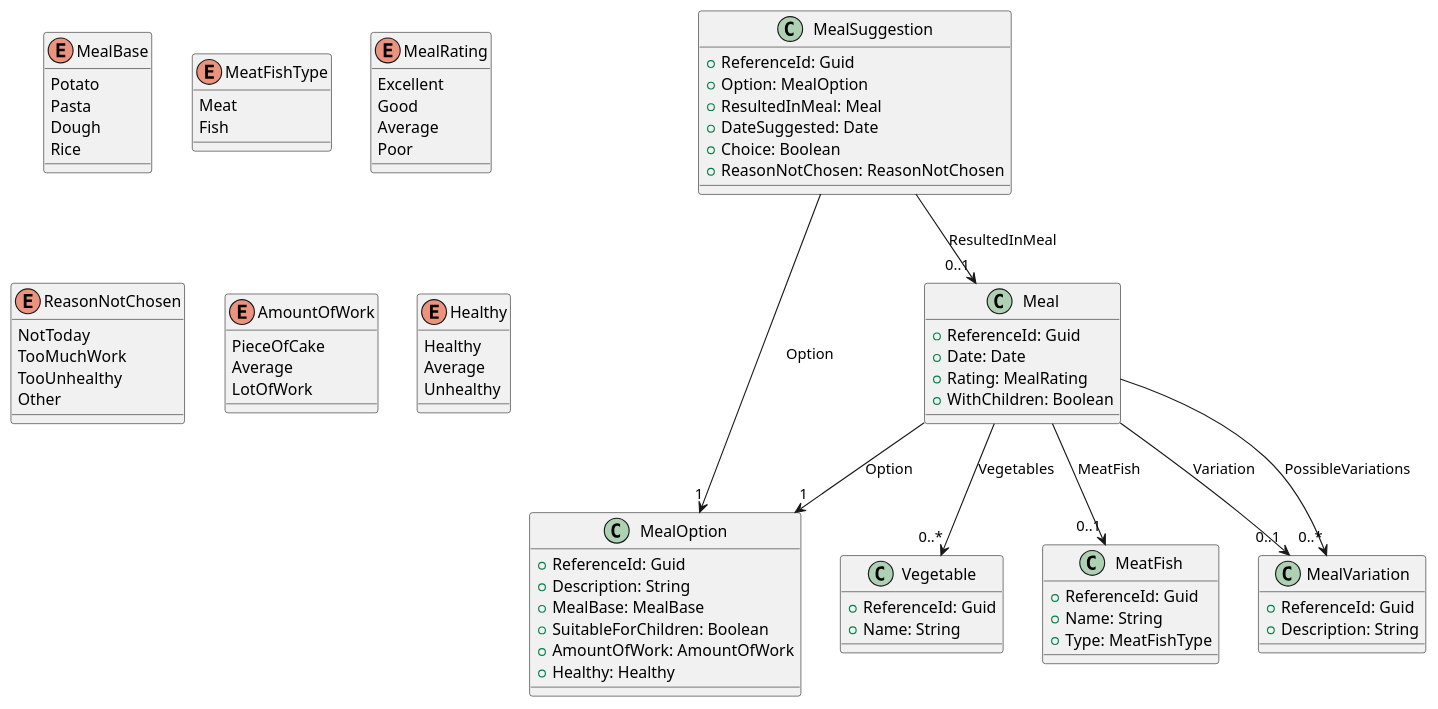
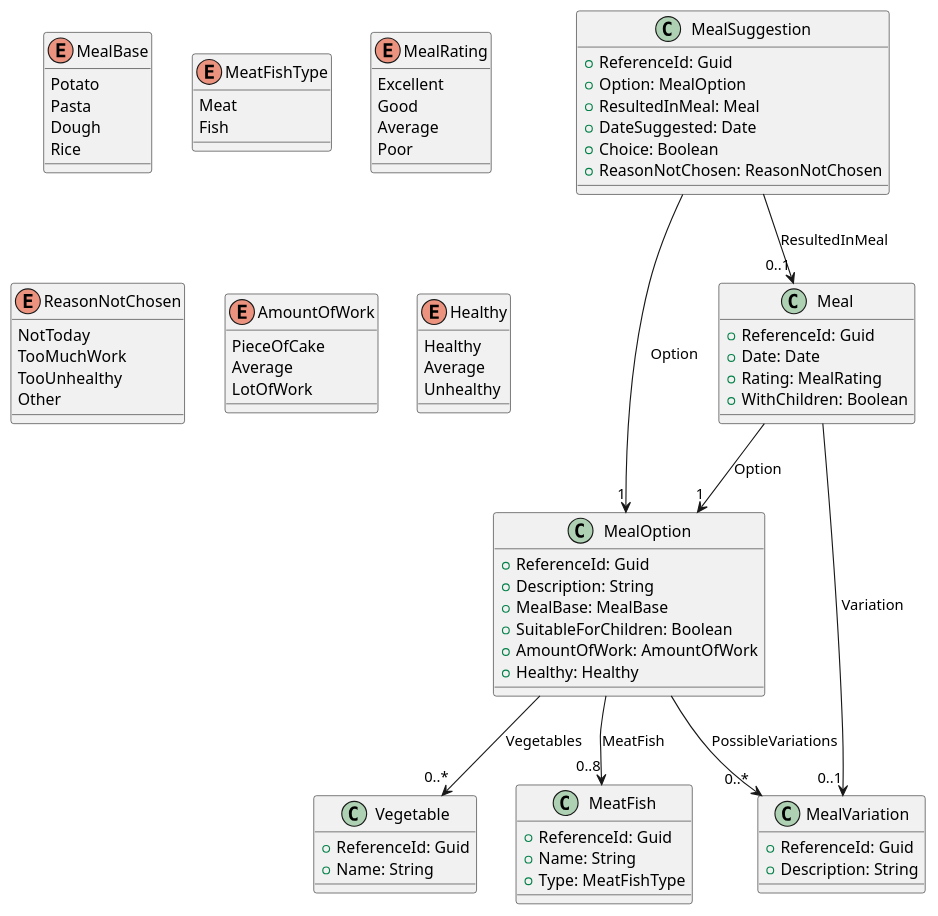
One commit to marcovandehaar/wot-we-eat changed the diagram in doc/domain/domainmodel.puml. Above: the diagram before and after it, drawn with PlantUML. The commit also changed 25 other files, not shown here.

```diff
--- a/doc/domain/domainmodel.puml
+++ b/doc/domain/domainmodel.puml
@@ -1,90 +1,90 @@
 @startuml MealPlanningClassDiagram
 
 enum MealBase {
     Potato
     Pasta
     Dough
     Rice
 }
 
 enum MeatFishType {
     Meat
     Fish
 }
 
 enum MealRating {
     Excellent
     Good
     Average
     Poor
 }
 
 enum ReasonNotChosen {
     NotToday
     TooMuchWork
     TooUnhealthy
     Other
 }
 
 enum AmountOfWork {
     PieceOfCake
     Average
     LotOfWork
 }
 
 enum Healthy {
     Healthy
     Average
     Unhealthy
 }
 
 class MealOption {
   + ReferenceId: Guid
   + Description: String
   + MealBase: MealBase
   + SuitableForChildren: Boolean
   + AmountOfWork: AmountOfWork
   + Healthy: Healthy
 }
 
 class Vegetable {
   + ReferenceId: Guid
   + Name: String
 }
 
 class MeatFish {
   + ReferenceId: Guid
   + Name: String
   + Type: MeatFishType
 }
 
 class MealVariation {
   + ReferenceId: Guid
   + Description: String
 }
 
 class Meal {
   + ReferenceId: Guid
   + Date: Date
   + Rating: MealRating
   + WithChildren: Boolean
 }
 
 class MealSuggestion {
   + ReferenceId: Guid
   + Option: MealOption
   + ResultedInMeal: Meal
   + DateSuggested: Date
   + Choice: Boolean
   + ReasonNotChosen: ReasonNotChosen
 }
 
 Meal --> "1" MealOption : Option
 Meal --> "0..1" MealVariation : Variation
-Meal --> "0..1" MeatFish : MeatFish
-Meal --> "0..*" MealVariation : PossibleVariations
-Meal --> "0..*" Vegetable : Vegetables
+MealOption --> "0..8" MeatFish : MeatFish
+MealOption --> "0..*" MealVariation : PossibleVariations
+MealOption --> "0..*" Vegetable : Vegetables
 MealSuggestion --> "1" MealOption : Option
 MealSuggestion --> "0..1" Meal : ResultedInMeal
 
 @enduml
```
